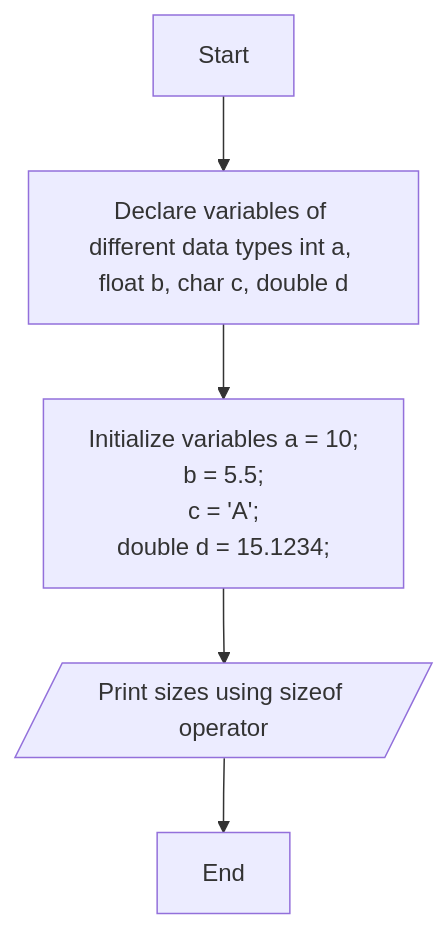
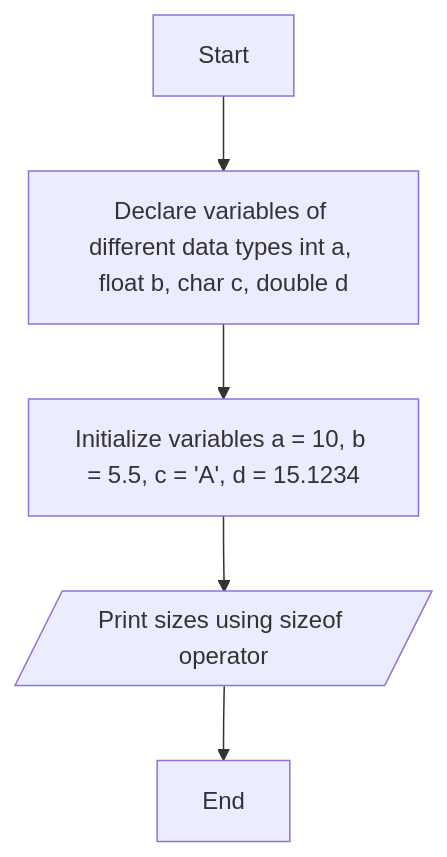
The diagram in P1 - Data Types.md (Vinit-source/Programming-for-problem-solving), drawn with Mermaid before and after one commit. The commit also changed other lines of this file, not shown here.

````diff
--- a/P1 - Data Types.md
+++ b/P1 - Data Types.md
@@ -26,10 +26,7 @@
 ```mermaid
 graph TD;
     A[Start] --> B[Declare variables of different data types int a, float b, char c, double d];
-    B --> C[Initialize variables a = 10;
-    b = 5.5;
-    c = 'A';
-    double d = 15.1234;];
+    B --> C[Initialize variables a = 10, b = 5.5, c = 'A', d = 15.1234];
     C --> D[/Print sizes using sizeof operator/];
     D --> E[End];
 ```
````
